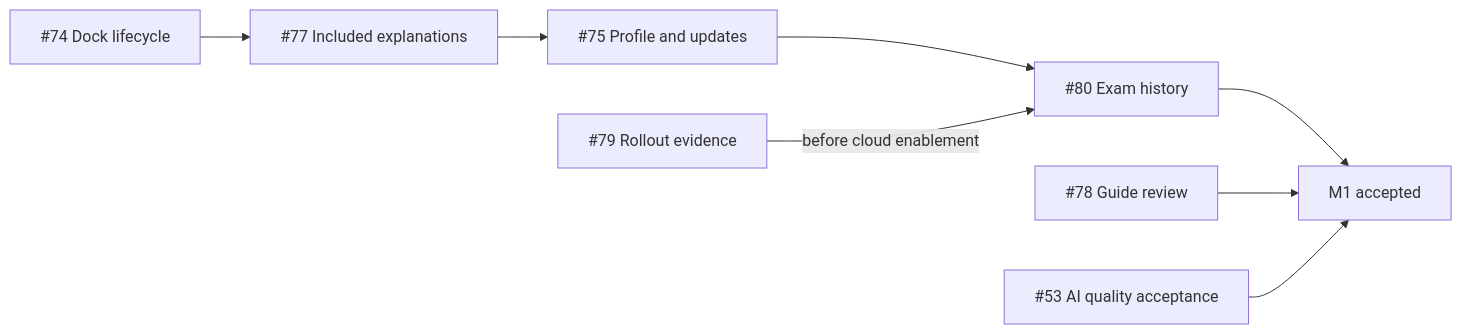
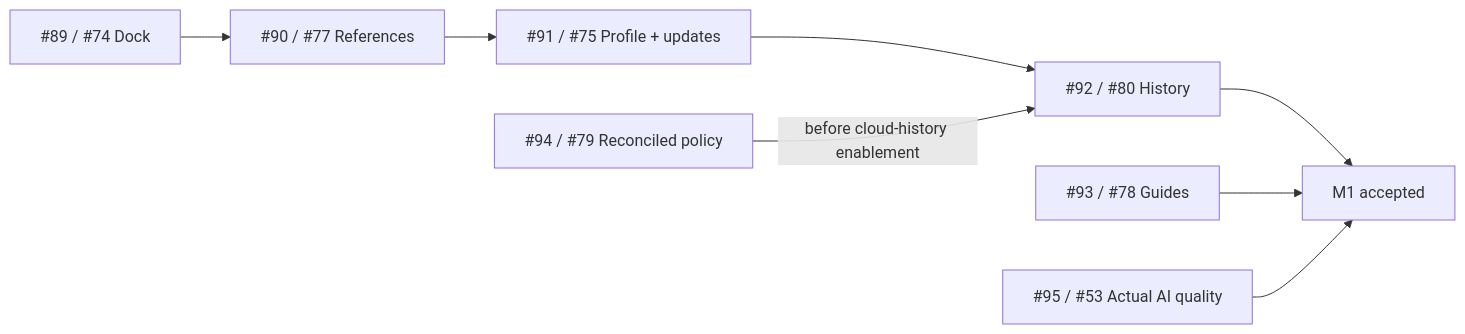
One commit to tuanvipandpro/quiz-app changed the diagram in docs/milestone-1-implementation.md. Above: the diagram before and after it, drawn with Mermaid. The commit also changed other lines of this file, not shown here.

````diff
--- a/docs/milestone-1-implementation.md
+++ b/docs/milestone-1-implementation.md
@@ -30,10 +30,10 @@
 ```mermaid
 flowchart LR
-  A["#74 Dock lifecycle"] --> B["#77 Included explanations"]
-  B --> C["#75 Profile and updates"]
-  C --> D["#80 Exam history"]
-  R["#79 Rollout evidence"] -->|before cloud enablement| D
+  A["#89 / #74 Dock"] --> B["#90 / #77 References"]
+  B --> C["#91 / #75 Profile + updates"]
+  C --> D["#92 / #80 History"]
+  R["#94 / #79 Reconciled policy"] -->|before cloud-history enablement| D
   D --> M["M1 accepted"]
-  G["#78 Guide review"] --> M
-  Q["#53 AI quality acceptance"] --> M
+  G["#93 / #78 Guides"] --> M
+  Q["#95 / #53 Actual AI quality"] --> M
 ```
````
